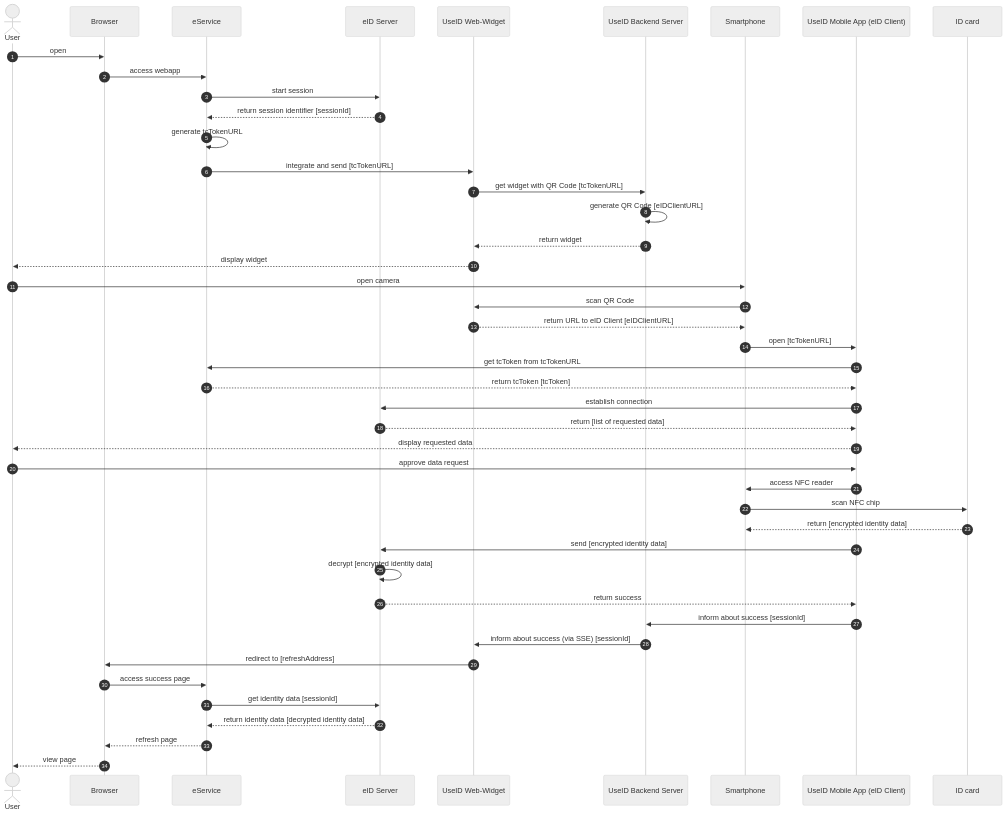
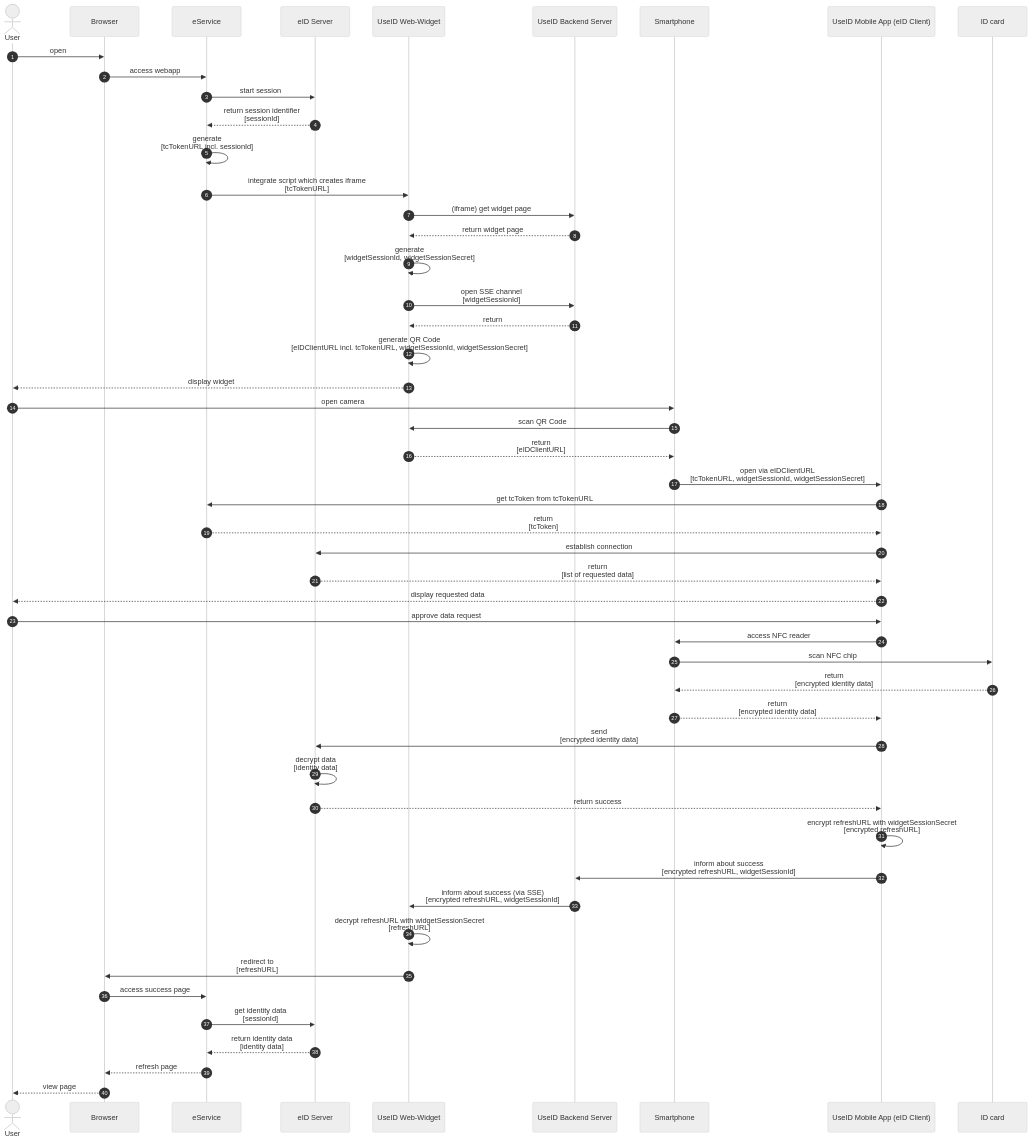
One commit to digitalservice4germany/useid-architecture changed the diagram in doc/eID/eid-flow-magnus.md. Above: the diagram before and after it, drawn with Mermaid (neutral theme). The commit also changed 1 other file, not shown here.

Commit message:
Update sequence diagrams: add encryption for refresh address to the flow (#3)
Update sequence diagrams: add encryption for refresh address to the flow; move generation of QR code from backend to widget

````diff
--- a/doc/eID/eid-flow-magnus.md
+++ b/doc/eID/eid-flow-magnus.md
@@ -6,49 +6,55 @@
 ```mermaid
 sequenceDiagram
     autonumber
     
     actor user as User
     participant browser as Browser
     participant eService as eService
     participant server as eID Server
     participant widget as UseID Web-Widget
     participant backend as UseID Backend Server
     participant smartphone as Smartphone
     participant app as UseID Mobile App (eID Client)
     participant id as ID card
     
     user ->> browser: open
     browser ->> eService: access webapp
     eService ->> server: start session
-    server -->> eService: return session identifier [sessionId]
-    eService ->> eService: generate tcTokenURL
-    eService ->> widget: integrate and send [tcTokenURL]
-    widget ->> backend: get widget with QR Code [tcTokenURL]
-    backend ->> backend: generate QR Code [eIDClientURL]
-    backend -->> widget: return widget
+    server -->> eService: return session identifier <br>[sessionId]
+    eService ->> eService: generate <br>[tcTokenURL incl. sessionId]
+    eService ->> widget: integrate script which creates iframe <br>[tcTokenURL]
+    widget ->> backend: (iframe) get widget page
+    backend -->> widget: return widget page
+    widget ->> widget: generate <br>[widgetSessionId, widgetSessionSecret]
+    widget ->> backend: open SSE channel <br>[widgetSessionId]
+    backend -->> widget: return
+    widget ->> widget: generate QR Code <br>[eIDClientURL incl. tcTokenURL, widgetSessionId, widgetSessionSecret]
     widget -->> user: display widget
     user ->> smartphone: open camera
     smartphone ->> widget: scan QR Code
-    widget -->> smartphone: return URL to eID Client [eIDClientURL]
-    smartphone ->> app: open [tcTokenURL]
+    widget -->> smartphone: return <br>[eIDClientURL]
+    smartphone ->> app: open via eIDClientURL <br>[tcTokenURL, widgetSessionId, widgetSessionSecret]
     app ->> eService: get tcToken from tcTokenURL
-    eService -->> app: return tcToken [tcToken]
+    eService -->> app: return <br>[tcToken]
     app ->> server: establish connection
-    server -->> app: return [list of requested data]
+    server -->> app: return <br>[list of requested data]
     app -->> user: display requested data
     user ->> app: approve data request
     app ->> smartphone: access NFC reader
     smartphone ->> id: scan NFC chip
-    id -->> smartphone: return [encrypted identity data]
-    app ->> server: send [encrypted identity data]
-    server ->> server: decrypt [encrypted identity data]
+    id -->> smartphone: return <br>[encrypted identity data]
+    smartphone -->> app: return <br>[encrypted identity data]
+    app ->> server: send <br>[encrypted identity data]
+    server ->> server: decrypt data <br>[identity data] 
     server -->> app: return success
-    app ->> backend: inform about success [sessionId]
-    backend ->> widget: inform about success (via SSE) [sessionId]
-    widget ->> browser: redirect to [refreshAddress]
+    app ->> app: encrypt refreshURL with widgetSessionSecret <br>[encrypted refreshURL]
+    app ->> backend: inform about success <br>[encrypted refreshURL, widgetSessionId]
+    backend ->> widget: inform about success (via SSE) <br>[encrypted refreshURL, widgetSessionId]
+    widget ->> widget: decrypt refreshURL with widgetSessionSecret <br>[refreshURL]
+    widget ->> browser: redirect to <br>[refreshURL]
     browser ->> eService: access success page
-    eService ->> server: get identity data [sessionId]
-    server -->> eService: return identity data [decrypted identity data]
+    eService ->> server: get identity data <br>[sessionId]
+    server -->> eService: return identity data <br>[identity data]
     eService -->> browser: refresh page
     browser -->> user: view page
 ```
````
